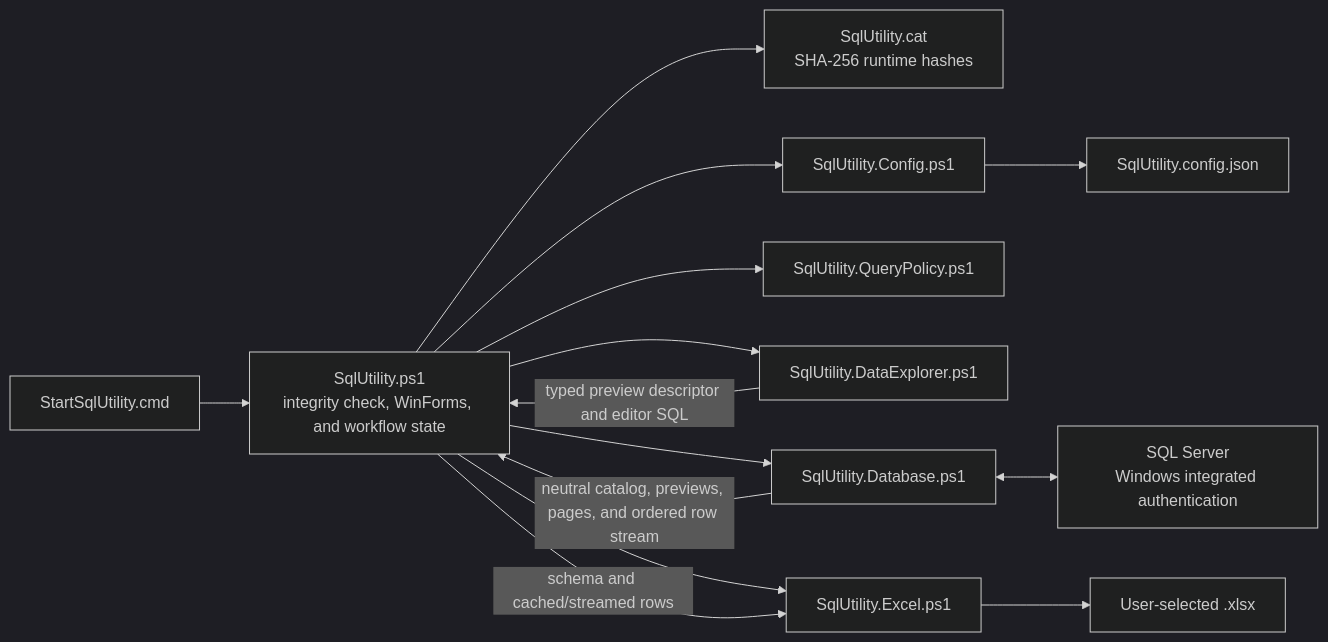
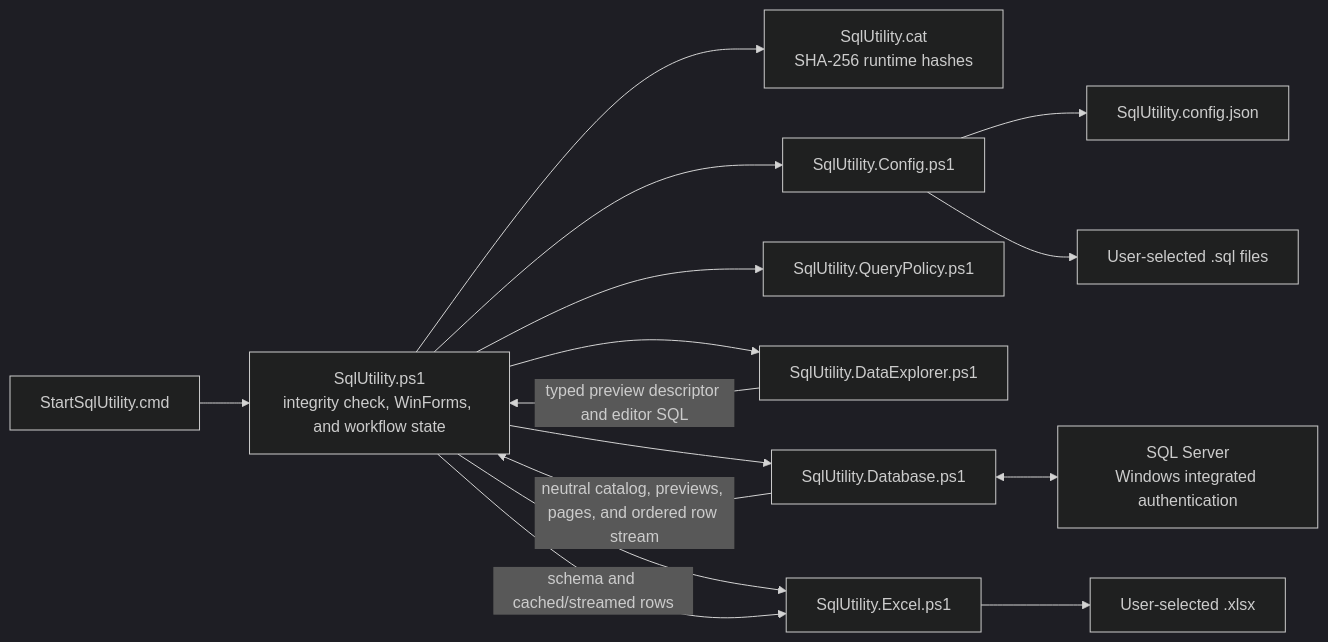
Before and after one commit to bluesWalker/SQL-Utility: the diagram in TECHNICAL_REFERENCE.md, drawn with Mermaid (dark theme). The commit also changed other lines of this file and 15 other files, not shown here.

````diff
--- a/TECHNICAL_REFERENCE.md
+++ b/TECHNICAL_REFERENCE.md
@@ -105,16 +109,17 @@
 ```mermaid
 flowchart LR
     Launcher["StartSqlUtility.cmd"] --> UI["SqlUtility.ps1<br/>integrity check, WinForms, and workflow state"]
     UI --> Catalog["SqlUtility.cat<br/>SHA-256 runtime hashes"]
     UI --> Config["SqlUtility.Config.ps1"]
     UI --> Policy["SqlUtility.QueryPolicy.ps1"]
     UI --> Explorer["SqlUtility.DataExplorer.ps1"]
     UI --> Database["SqlUtility.Database.ps1"]
     UI --> Excel["SqlUtility.Excel.ps1"]
     Config --> Json["SqlUtility.config.json"]
+    Config --> Templates["User-selected .sql files"]
     Explorer -- "typed preview descriptor and editor SQL" --> UI
     Database <--> SqlServer["SQL Server<br/>Windows integrated authentication"]
     Database -- "neutral catalog, previews, pages, and ordered row stream" --> UI
     UI -- "schema and cached/streamed rows" --> Excel
     Excel --> Workbook["User-selected .xlsx"]
 ```
````
